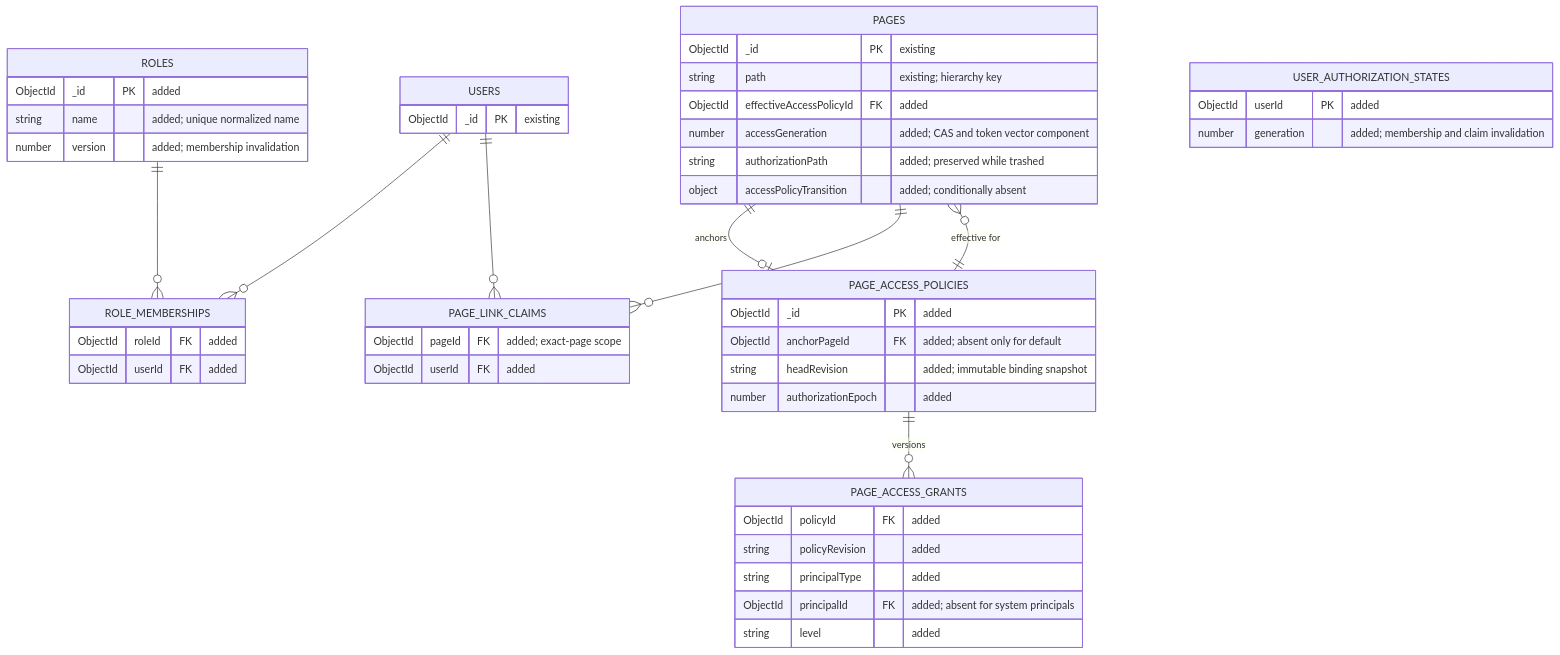
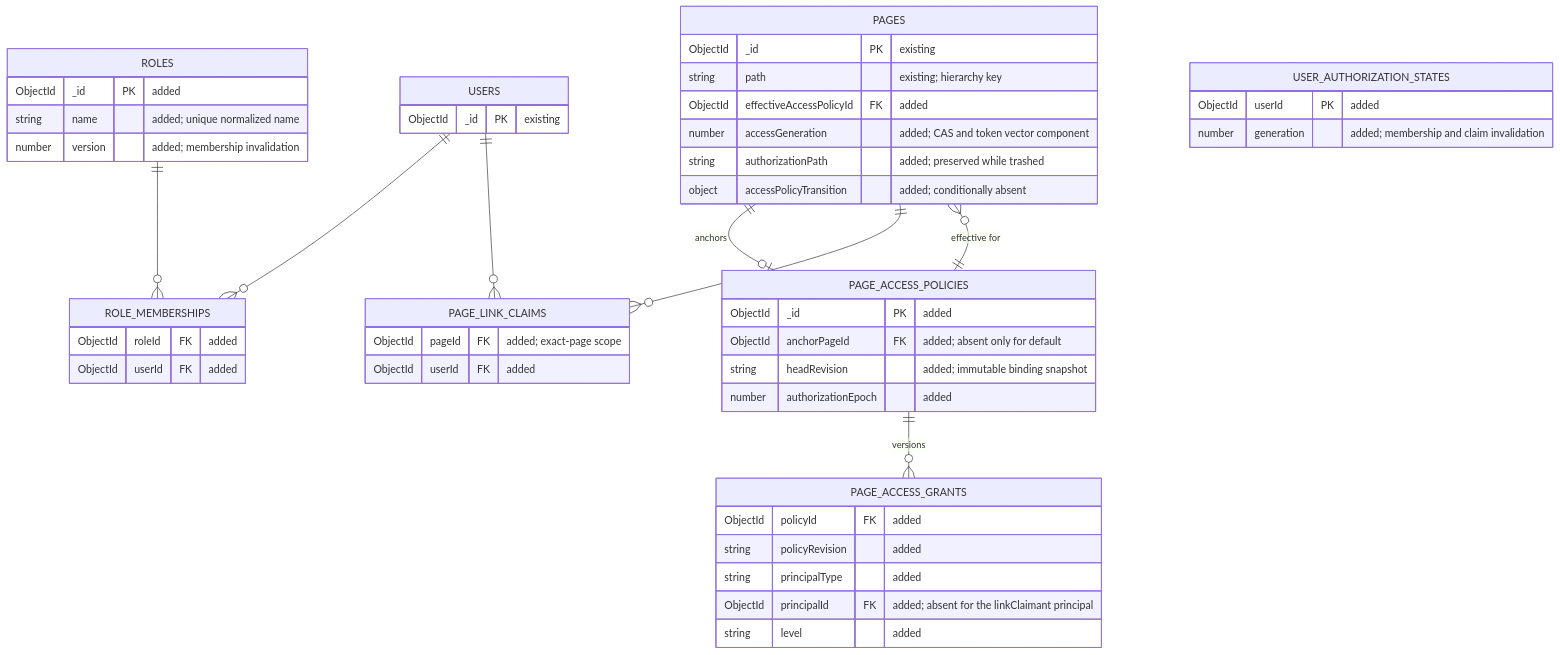
The first of 2 diagrams in docs/rfcs/0026-rbac.md (crowi/crowi), drawn with Mermaid before and after one commit. The commit also changed other lines of this file, not shown here.

````diff
--- a/docs/rfcs/0026-rbac.md
+++ b/docs/rfcs/0026-rbac.md
@@ -158,51 +158,51 @@
 ```mermaid
 erDiagram
   USERS {
     ObjectId _id PK "existing"
   }
   ROLES {
     ObjectId _id PK "added"
     string name "added; unique normalized name"
     number version "added; membership invalidation"
   }
   ROLE_MEMBERSHIPS {
     ObjectId roleId FK "added"
     ObjectId userId FK "added"
   }
   PAGES {
     ObjectId _id PK "existing"
     string path "existing; hierarchy key"
     ObjectId effectiveAccessPolicyId FK "added"
     number accessGeneration "added; CAS and token vector component"
     string authorizationPath "added; preserved while trashed"
     object accessPolicyTransition "added; conditionally absent"
   }
   PAGE_ACCESS_POLICIES {
     ObjectId _id PK "added"
     ObjectId anchorPageId FK "added; absent only for default"
     string headRevision "added; immutable binding snapshot"
     number authorizationEpoch "added"
   }
   PAGE_ACCESS_GRANTS {
     ObjectId policyId FK "added"
     string policyRevision "added"
     string principalType "added"
-    ObjectId principalId FK "added; absent for system principals"
+    ObjectId principalId FK "added; absent for the linkClaimant principal"
     string level "added"
   }
   PAGE_LINK_CLAIMS {
     ObjectId pageId FK "added; exact-page scope"
     ObjectId userId FK "added"
   }
   USER_AUTHORIZATION_STATES {
     ObjectId userId PK "added"
     number generation "added; membership and claim invalidation"
   }
   USERS ||--o{ ROLE_MEMBERSHIPS : ""
   ROLES ||--o{ ROLE_MEMBERSHIPS : ""
   PAGES ||--o| PAGE_ACCESS_POLICIES : "anchors"
   PAGE_ACCESS_POLICIES ||--o{ PAGE_ACCESS_GRANTS : "versions"
   PAGE_ACCESS_POLICIES ||--o{ PAGES : "effective for"
   USERS ||--o{ PAGE_LINK_CLAIMS : ""
   PAGES ||--o{ PAGE_LINK_CLAIMS : ""
 ```
````
